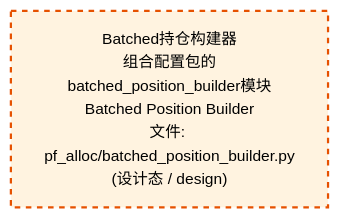
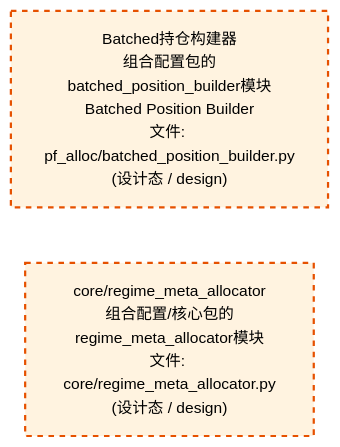
One commit to xuanFelixVan/ZephyrAlpha changed the third of 4 diagrams in docs/02_enterprise_architecture/02_domain_architecture_docs/62_d_pf_alloc.md. Above: the diagram before and after it, drawn with Mermaid. The commit also changed other lines of this file and 94 other files, not shown here.

````diff
--- a/docs/02_enterprise_architecture/02_domain_architecture_docs/62_d_pf_alloc.md
+++ b/docs/02_enterprise_architecture/02_domain_architecture_docs/62_d_pf_alloc.md
@@ -119,10 +124,12 @@
 ```mermaid
 %%{init: {'theme': 'base', 'themeVariables': {'primaryColor': '#eaeaea', 'primaryTextColor': '#333333', 'primaryBorderColor': '#666666', 'lineColor': '#666666', 'secondaryColor': '#eaeaea', 'tertiaryColor': '#eaeaea', 'fontSize': '14px'}}}%%
 flowchart TD
     src_zephyr_pf_alloc_batched_position_builder_py["Batched持仓构建器<br/>组合配置包的batched_position_builder模块<br/>Batched Position Builder<br/>文件: pf_alloc/batched_position_builder.py<br/>(设计态 / design)"]
+    src_zephyr_pf_alloc_core_regime_meta_allocator_py["core/regime_meta_allocator<br/>组合配置/核心包的regime_meta_allocator模块<br/>文件: core/regime_meta_allocator.py<br/>(设计态 / design)"]
+    src_zephyr_pf_alloc_batched_position_builder_py ~~~ src_zephyr_pf_alloc_core_regime_meta_allocator_py
     classDef production fill:#e1f5fe,stroke:#01579b,stroke-width:2px,color:#000
     classDef design fill:#fff3e0,stroke:#e65100,stroke-width:2px,color:#000,stroke-dasharray: 5 5
     classDef external_prod fill:#e8f4fd,stroke:#0277bd,stroke-width:1px,color:#000
     classDef external_design fill:#fff8e7,stroke:#ef6c00,stroke-width:1px,color:#000,stroke-dasharray: 5 5
-    class src_zephyr_pf_alloc_batched_position_builder_py design
+    class src_zephyr_pf_alloc_batched_position_builder_py,src_zephyr_pf_alloc_core_regime_meta_allocator_py design
 ```
````
